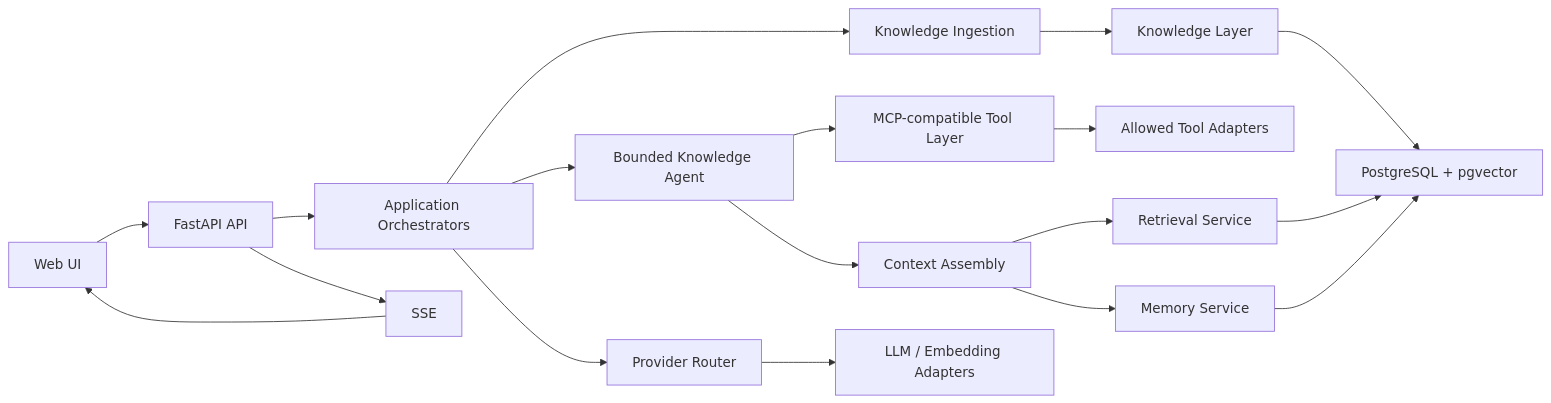
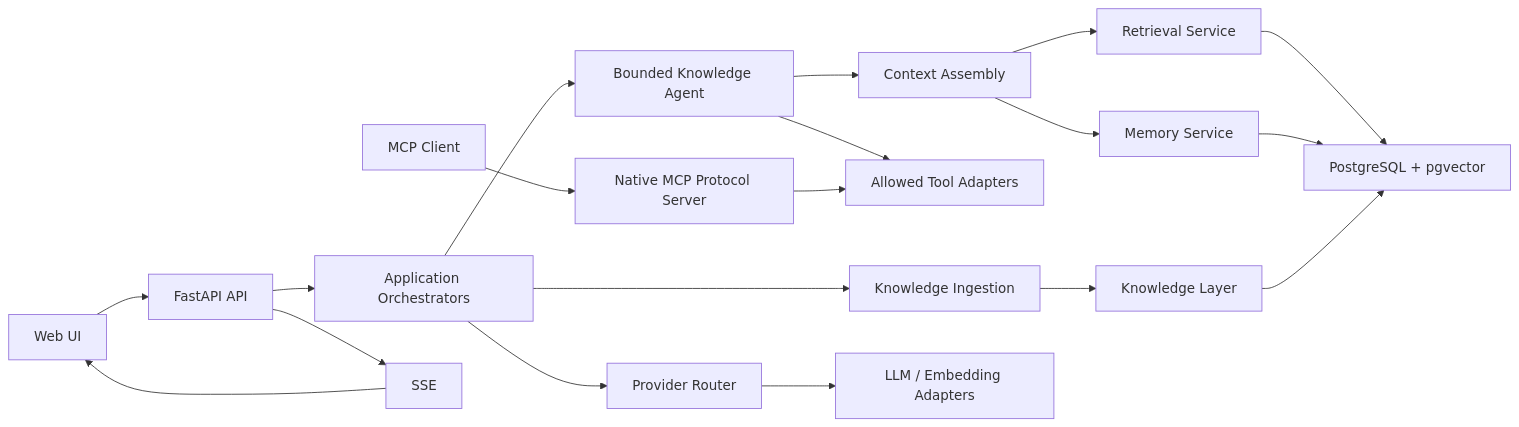
One commit to rileylai/knowvia-agent changed the diagram in docs/01-architecture.md. Above: the diagram before and after it, drawn with Mermaid. The commit also changed other lines of this file and 8 other files, not shown here.

Commit message:
feat: expose agent tools through native MCP

````diff
--- a/docs/01-architecture.md
+++ b/docs/01-architecture.md
@@ -18,20 +18,21 @@
 ```mermaid
 flowchart LR
     UI["Web UI"] --> API["FastAPI API"]
     API --> ORCH["Application Orchestrators"]
     ORCH --> INGEST["Knowledge Ingestion"]
     ORCH --> AGENT["Bounded Knowledge Agent"]
-    AGENT --> MCP["MCP-compatible Tool Layer"]
+    AGENT --> TOOLS["Allowed Tool Adapters"]
+    MCP_CLIENT["MCP Client"] --> MCP["Native MCP Protocol Server"]
     AGENT --> CONTEXT["Context Assembly"]
     INGEST --> KNOWLEDGE["Knowledge Layer"]
     CONTEXT --> RETRIEVAL["Retrieval Service"]
     CONTEXT --> MEMORY["Memory Service"]
     RETRIEVAL --> PG["PostgreSQL + pgvector"]
     MEMORY --> PG
     KNOWLEDGE --> PG
     ORCH --> PROVIDER["Provider Router"]
     PROVIDER --> LLM["LLM / Embedding Adapters"]
-    MCP --> TOOLS["Allowed Tool Adapters"]
+    MCP --> TOOLS
     API --> SSE["SSE"]
     SSE --> UI
 ```
````
